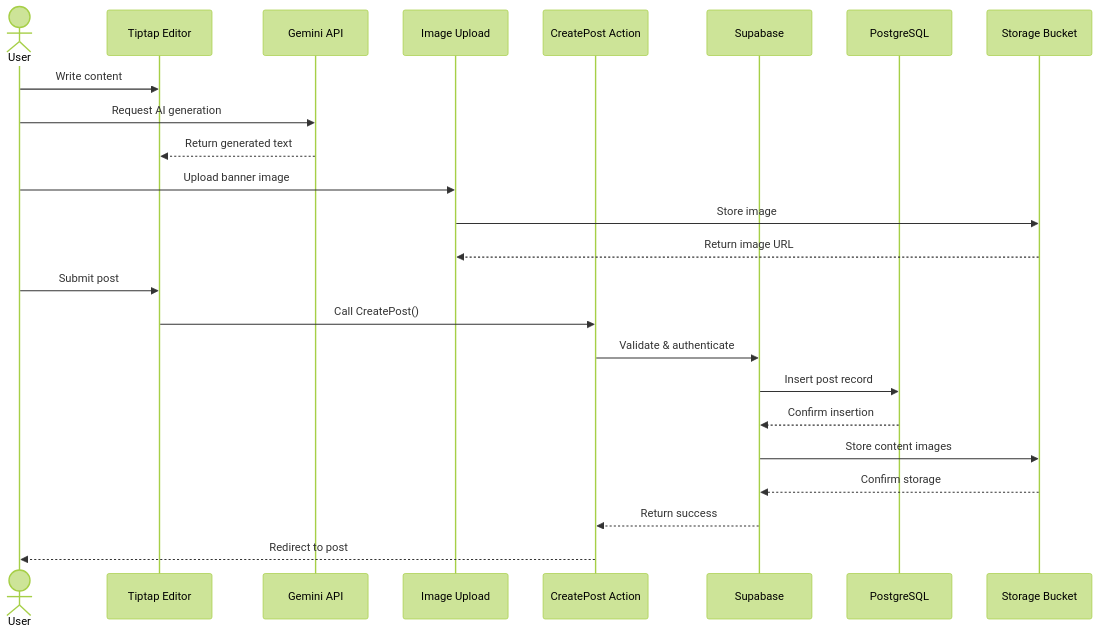
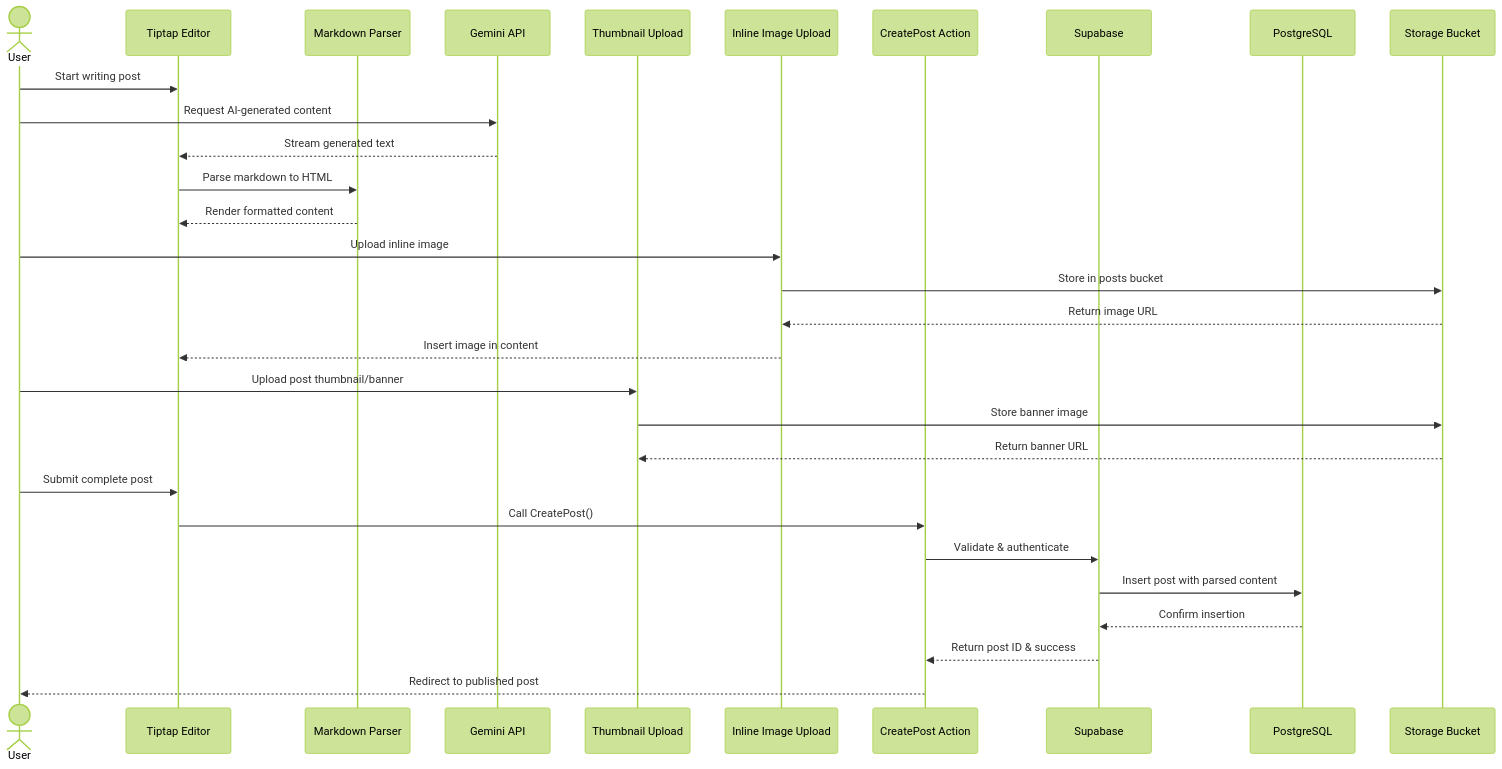
The fifth of 6 diagrams in README.md (Ahmed-Elgendy25/my-blog-post), drawn with Mermaid (forest theme) before and after one commit. The commit also changed other lines of this file, not shown here.

First line of the commit message:
Update README with expanded feature and architecture details

````diff
--- a/README.md
+++ b/README.md
@@ -243,27 +265,33 @@
 ```mermaid
 sequenceDiagram
     actor User
     participant Editor as Tiptap Editor
+    participant Parser as Markdown Parser
     participant AI as Gemini API
-    participant Upload as Image Upload
+    participant ThumbUpload as Thumbnail Upload
+    participant ImageUpload as Inline Image Upload
     participant Action as CreatePost Action
     participant Supabase as Supabase
     participant DB as PostgreSQL
     participant Storage as Storage Bucket
 
-    User->>Editor: Write content
-    User->>AI: Request AI generation
-    AI-->>Editor: Return generated text
-    User->>Upload: Upload banner image
-    Upload->>Storage: Store image
-    Storage-->>Upload: Return image URL
-    User->>Editor: Submit post
+    User->>Editor: Start writing post
+    User->>AI: Request AI-generated content
+    AI-->>Editor: Stream generated text
+    Editor->>Parser: Parse markdown to HTML
+    Parser-->>Editor: Render formatted content
+    User->>ImageUpload: Upload inline image
+    ImageUpload->>Storage: Store in posts bucket
+    Storage-->>ImageUpload: Return image URL
+    ImageUpload-->>Editor: Insert image in content
+    User->>ThumbUpload: Upload post thumbnail/banner
+    ThumbUpload->>Storage: Store banner image
+    Storage-->>ThumbUpload: Return banner URL
+    User->>Editor: Submit complete post
     Editor->>Action: Call CreatePost()
     Action->>Supabase: Validate & authenticate
-    Supabase->>DB: Insert post record
+    Supabase->>DB: Insert post with parsed content
     DB-->>Supabase: Confirm insertion
-    Supabase->>Storage: Store content images
-    Storage-->>Supabase: Confirm storage
-    Supabase-->>Action: Return success
-    Action-->>User: Redirect to post
+    Supabase-->>Action: Return post ID & success
+    Action-->>User: Redirect to published post
 ```
````
